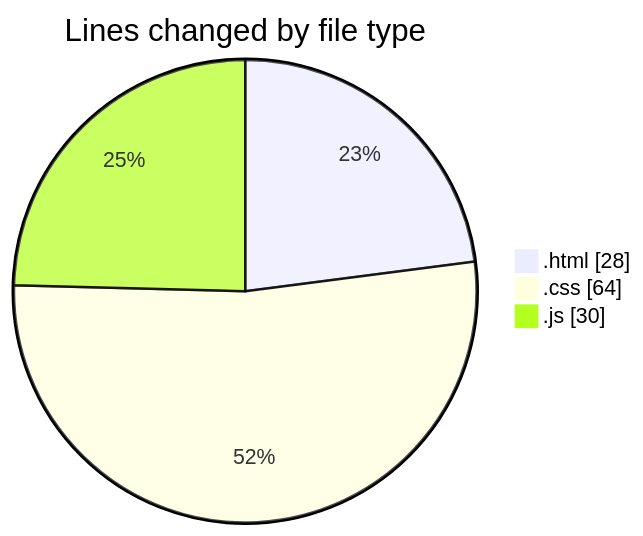
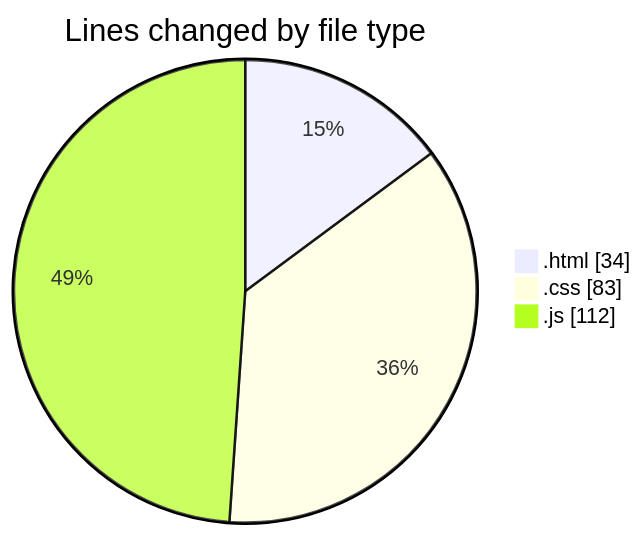
One commit to Ritupan-Deka/code-tracking changed the first of 2 diagrams in 2025-04-28/realtimecollaborativeapp/README.md. Above: the diagram before and after it, drawn with Mermaid. The commit also changed other lines of this file and 1 other file, not shown here.

````diff
--- a/2025-04-28/realtimecollaborativeapp/README.md
+++ b/2025-04-28/realtimecollaborativeapp/README.md
@@ -22,7 +23,7 @@
 ```mermaid
 pie showData
 title Lines changed by file type
-".html" : 28
-".css" : 64
-".js" : 30
+".html" : 34
+".css" : 83
+".js" : 112
 ```
````
